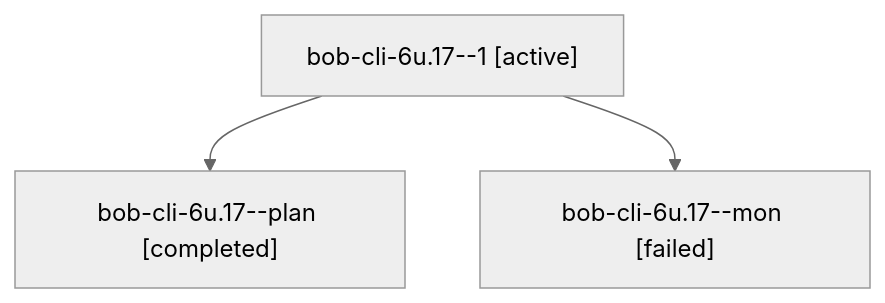
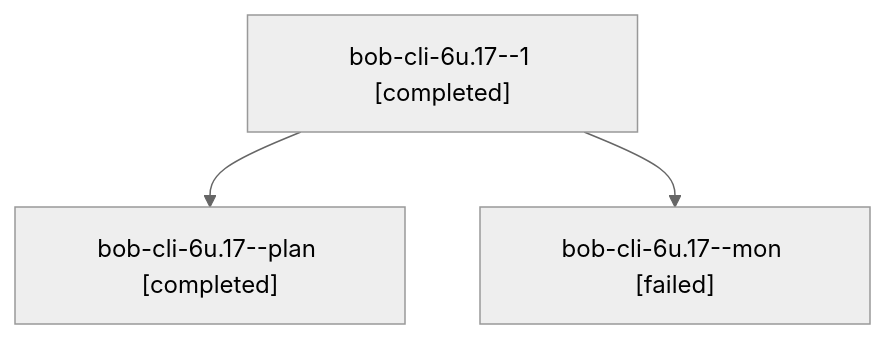
The diagram in sessions/bbugyi200.apollo.bob-cli-6u.17.md (bobs-org/bob-cli--agents), drawn with Mermaid (neutral theme) before and after one commit. The commit also changed other lines of this file and 109 other files, not shown here.

````diff
--- a/sessions/bbugyi200.apollo.bob-cli-6u.17.md
+++ b/sessions/bbugyi200.apollo.bob-cli-6u.17.md
@@ -9,8 +9,8 @@
 ```mermaid
 flowchart TD
-  n0["bob-cli-6u.17--1 [active]"]
+  n0["bob-cli-6u.17--1 [completed]"]
   n1["bob-cli-6u.17--plan [completed]"]
   n0 --> n1
   n2["bob-cli-6u.17--mon [failed]"]
   n0 --> n2
 ```
````
